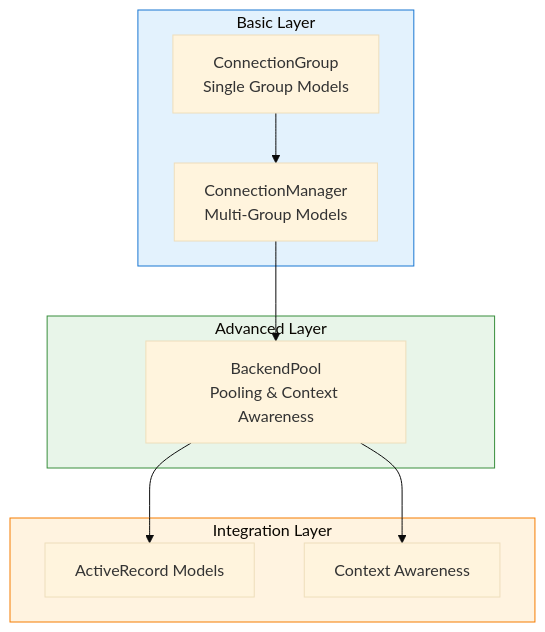
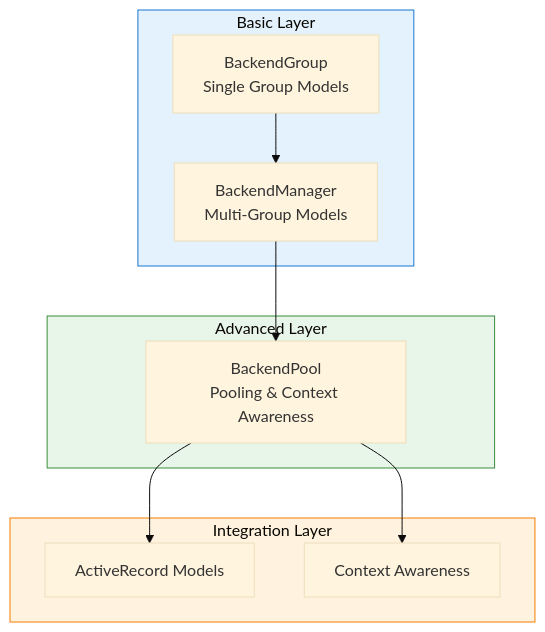
One commit to rhosocial/python-activerecord changed the diagram in docs/en_US/connection/README.md. Above: the diagram before and after it, drawn with Mermaid (base theme). The commit also changed other lines of this file and 23 other files, not shown here.

First line of the commit message:
feat(connection): add context() method and rename ConnectionGroup/Manager to BackendGroup/Manager (#71)

````diff
--- a/docs/en_US/connection/README.md
+++ b/docs/en_US/connection/README.md
@@ -14,25 +14,25 @@
 ```mermaid
 graph TB
     subgraph Basic["Basic Layer"]
-        CG["ConnectionGroup<br/>Single Group Models"]
-        CM["ConnectionManager<br/>Multi-Group Models"]
+        CG["BackendGroup<br/>Single Group Models"]
+        CM["BackendManager<br/>Multi-Group Models"]
     end
 
     subgraph Advanced["Advanced Layer"]
         BP["BackendPool<br/>Pooling & Context Awareness"]
     end
 
     subgraph Integration["Integration Layer"]
         AR["ActiveRecord Models"]
         CTX["Context Awareness"]
     end
 
     CG --> CM
     CM --> BP
     BP --> AR
     BP --> CTX
 
     style Basic fill:#e3f2fd,stroke:#1976d2
     style Advanced fill:#e8f5e9,stroke:#388e3c
     style Integration fill:#fff3e0,stroke:#f57c00
 ```
````
